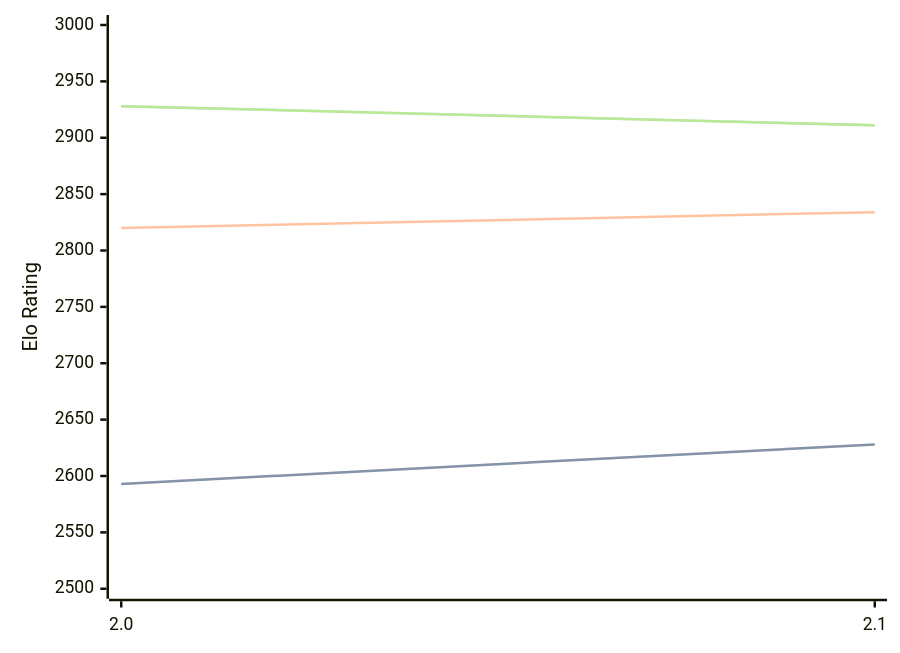
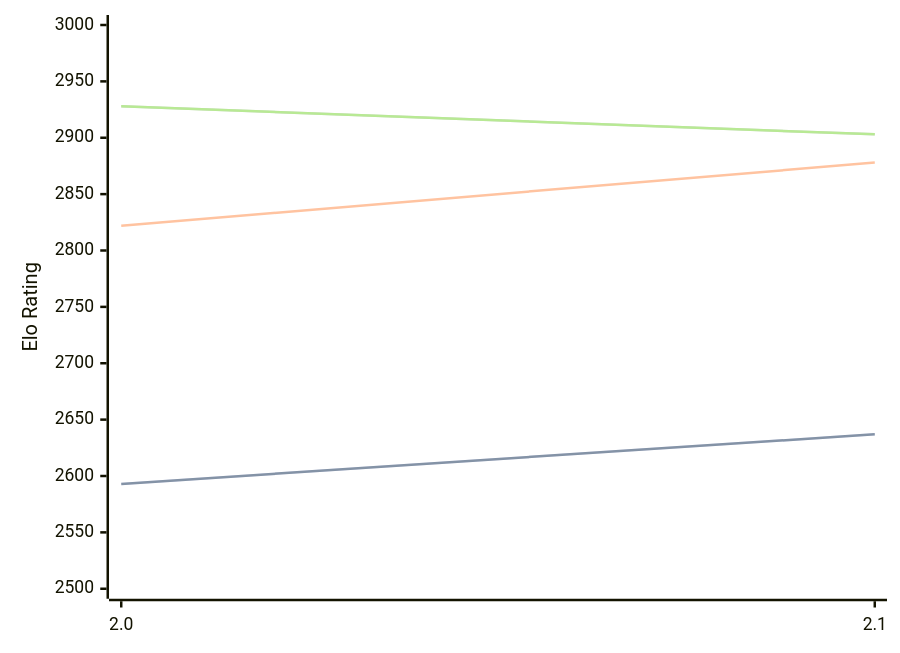
The first of 3 diagrams in engines/Noggin.md (computer-chess-index/cci), drawn with Mermaid before and after one commit. The commit also changed other lines of this file, not shown here.

Commit message:
Update CCI Ratings (ELO VLTC) - 2026-07-14

````diff
--- a/engines/Noggin.md
+++ b/engines/Noggin.md
@@ -33,11 +33,11 @@
 ```mermaid
 %%{init: {"theme":"base","themeVariables":{"seriesColors:['#a3a3a3','#222221','#faa371']}}}%%
 xychart-beta
   x-axis ["2.0", "2.1"]
   y-axis "Elo Rating" 2500 --> 3000
-  line "STC (8.0+0.08s)" [2593, 2628]
-  line "STC (8.0+0.08s)" [2593, 2628]
-  line "LTC (60.0+0.60s)" [2820, 2834]
-  line "VLTC (2m24s+1.12s)" [2928, 2911]
-  line "VLTC (2m24s+1.12s)" [2928, 2911]
+  line "STC (8.0+0.08s)" [2593, 2637]
+  line "STC (8.0+0.08s)" [2593, 2637]
+  line "LTC (60.0+0.60s)" [2822, 2878]
+  line "VLTC (2m24s+1.12s)" [2928, 2903]
+  line "VLTC (2m24s+1.12s)" [2928, 2903]
 ```
````
